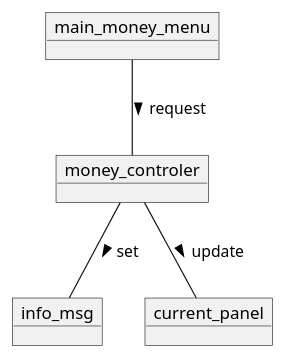
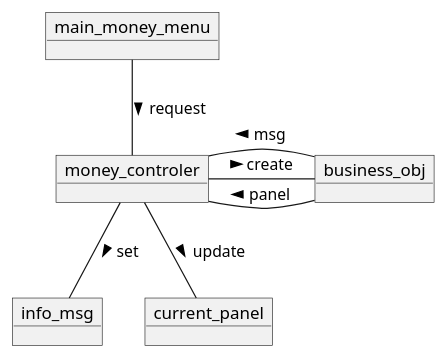
One commit to tp38/money_java changed the diagram in doc/uml/0-main/mj_main_communication.puml. Above: the diagram before and after it, drawn with PlantUML. The commit also changed 40 other files, not shown here.

```diff
--- a/doc/uml/0-main/mj_main_communication.puml
+++ b/doc/uml/0-main/mj_main_communication.puml
@@ -1,16 +1,21 @@
 @startuml 'Money_java - communication'
 
 
 object main_money_menu
 object money_controler
 object info_msg
 object current_panel
+object business_obj
 
 main_money_menu -- money_controler : > request
+
+money_controler - business_obj : > create
+business_obj - money_controler : msg >
+business_obj - money_controler : panel >
 
 money_controler -- current_panel : > update
 money_controler -- info_msg : > set
 
 
 
 @enduml
```
